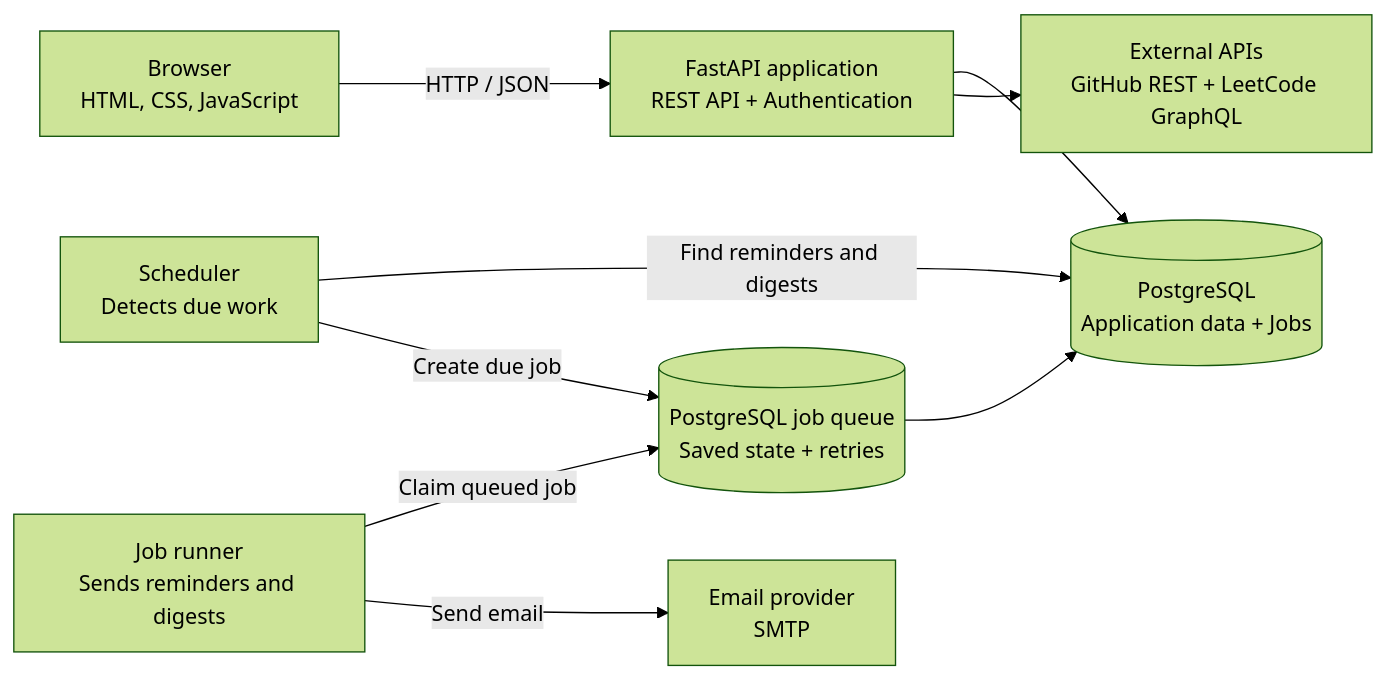
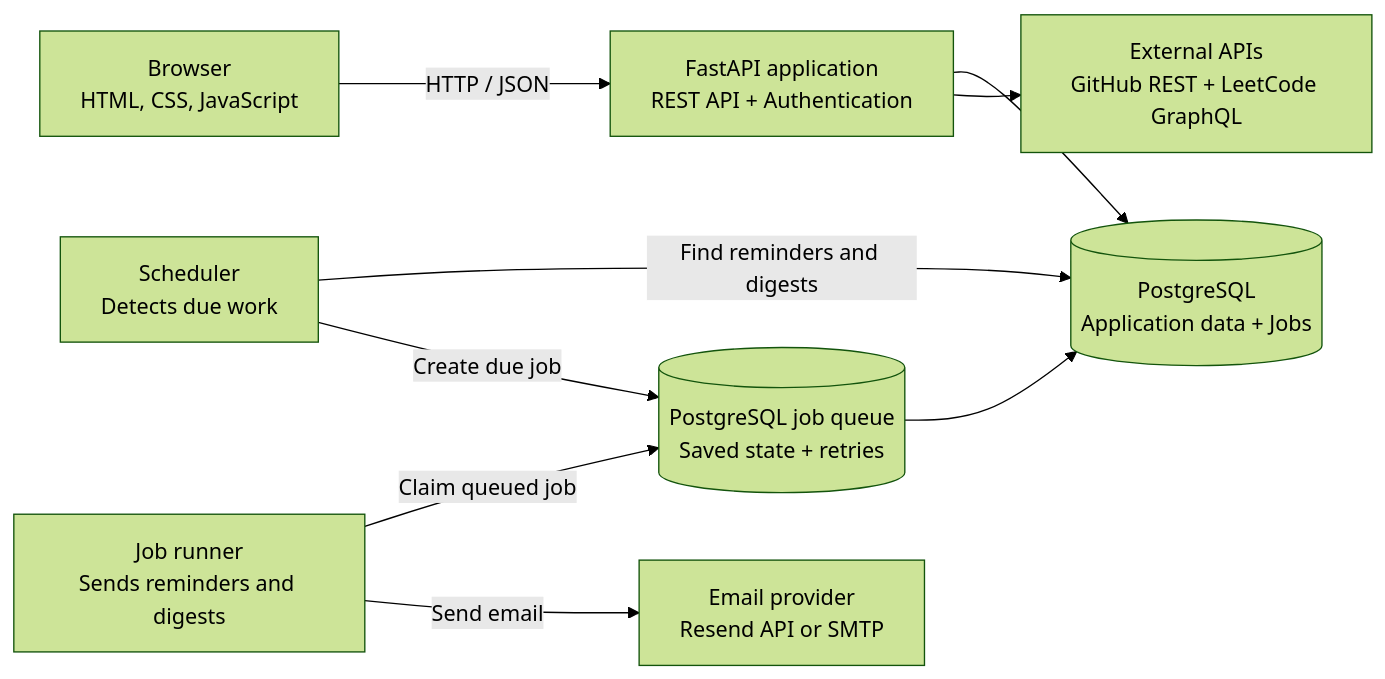
One commit to rajeev8008/Pace changed the diagram in README.md. Above: the diagram before and after it, drawn with Mermaid (forest theme). The commit also changed other lines of this file and 6 other files, not shown here.

First line of the commit message:
fix route hosted email through Resend HTTPS API

````diff
--- a/README.md
+++ b/README.md
@@ -34,28 +34,28 @@
 ```mermaid
 flowchart LR
     Browser["Browser<br/>HTML, CSS, JavaScript"]
 
     API["FastAPI application<br/>REST API + Authentication"]
 
     DB[("PostgreSQL<br/>Application data + Jobs")]
 
     External["External APIs<br/>GitHub REST + LeetCode GraphQL"]
 
     Scheduler["Scheduler<br/>Detects due work"]
 
     Jobs[("PostgreSQL job queue<br/>Saved state + retries")]
 
     Runner["Job runner<br/>Sends reminders and digests"]
 
-    Email["Email provider<br/>SMTP"]
+    Email["Email provider<br/>Resend API or SMTP"]
 
     Browser -->|"HTTP / JSON"| API
     API --> DB
     API --> External
 
     Scheduler -->|"Find reminders and digests"| DB
     Scheduler -->|"Create due job"| Jobs
     Runner -->|"Claim queued job"| Jobs
     Jobs --> DB
     Runner -->|"Send email"| Email
 ```
````
